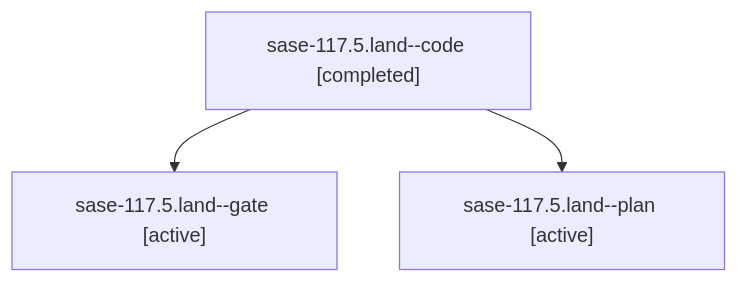
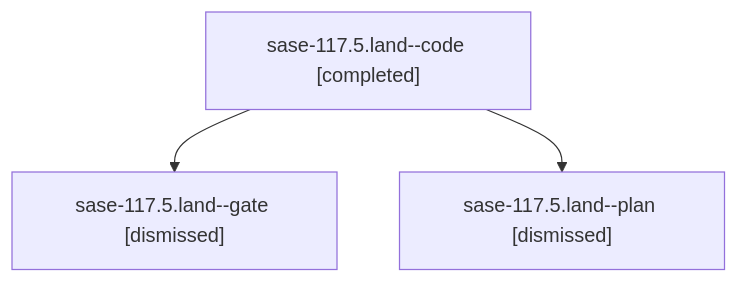
Before and after one commit to sase-org/sase--agents: the diagram in sessions/bbugyi200.athena.sase-117.5.land.md, drawn with Mermaid. The commit also changed other lines of this file and 199 other files, not shown here.

````diff
--- a/sessions/bbugyi200.athena.sase-117.5.land.md
+++ b/sessions/bbugyi200.athena.sase-117.5.land.md
@@ -9,8 +9,8 @@
 ```mermaid
 flowchart TD
   n0["sase-117.5.land--code [completed]"]
-  n1["sase-117.5.land--gate [active]"]
+  n1["sase-117.5.land--gate [dismissed]"]
   n0 --> n1
-  n2["sase-117.5.land--plan [active]"]
+  n2["sase-117.5.land--plan [dismissed]"]
   n0 --> n2
 ```
````
